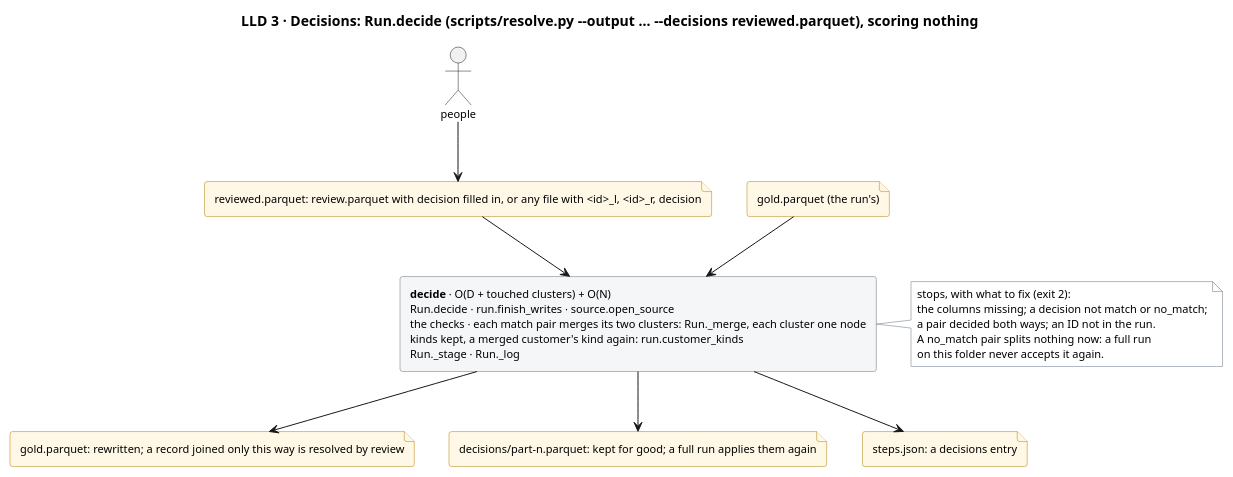
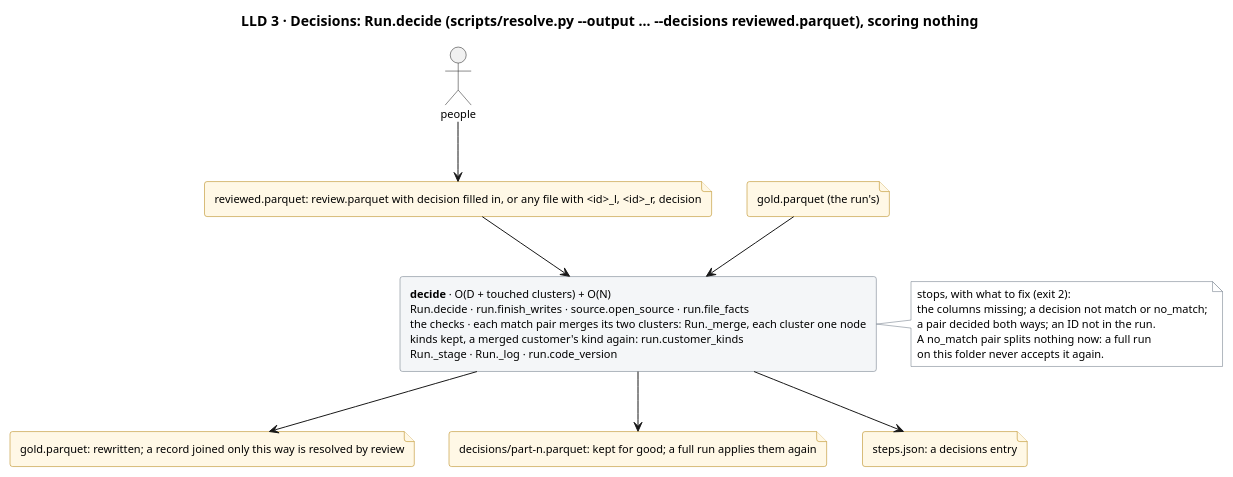
Before and after one commit to mvsbm/entity_matching: the diagram in docs/diagrams/decisions.puml, drawn with PlantUML. The commit also changed 23 other files, not shown here.

First line of the commit message:
Diagrams a newcomer can read; a run keeps its config; CI

```diff
--- a/docs/diagrams/decisions.puml
+++ b/docs/diagrams/decisions.puml
@@ -1,41 +1,41 @@
 @startuml decisions
 title LLD 3 · Decisions: Run.decide (scripts/resolve.py ~--output … ~--decisions reviewed.parquet), scoring nothing
 skinparam defaultFontSize 11
 skinparam rectangle {
   BackgroundColor #F4F6F8
   BorderColor #65717E
 }
 skinparam file {
   BackgroundColor #FFF8E6
   BorderColor #B07D00
 }
 skinparam note {
   BackgroundColor #FFFFFF
   BorderColor #65717E
 }
 
 actor "people" as people
 file "reviewed.parquet: review.parquet with decision filled in, or any file with <id>_l, <id>_r, decision" as f_decided
 file "gold.parquet (the run's)" as f_gold_in
 
-rectangle "<b>decide</b> · O(D + touched clusters) + O(N)\nRun.decide · run.finish_writes · source.open_source\nthe checks · each match pair merges its two clusters: Run._merge, each cluster one node\nkinds kept, a merged customer's kind again: run.customer_kinds\nRun._stage · Run._log" as decide
+rectangle "<b>decide</b> · O(D + touched clusters) + O(N)\nRun.decide · run.finish_writes · source.open_source · run.file_facts\nthe checks · each match pair merges its two clusters: Run._merge, each cluster one node\nkinds kept, a merged customer's kind again: run.customer_kinds\nRun._stage · Run._log · run.code_version" as decide
 
 note right of decide
   stops, with what to fix (exit 2):
   the columns missing; a decision not match or no_match;
   a pair decided both ways; an ID not in the run.
   A no_match pair splits nothing now: a full run
   on this folder never accepts it again.
 end note
 
 file "gold.parquet: rewritten; a record joined only this way is resolved by review" as f_gold_out
 file "decisions/part-n.parquet: kept for good; a full run applies them again" as f_kept
 file "steps.json: a decisions entry" as f_steps
 
 people --> f_decided
 f_decided --> decide
 f_gold_in --> decide
 decide --> f_gold_out
 decide --> f_kept
 decide --> f_steps
 @enduml
```
